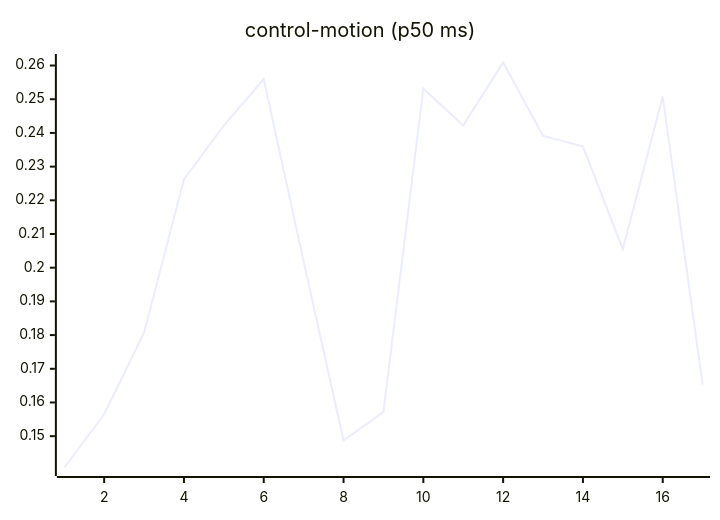
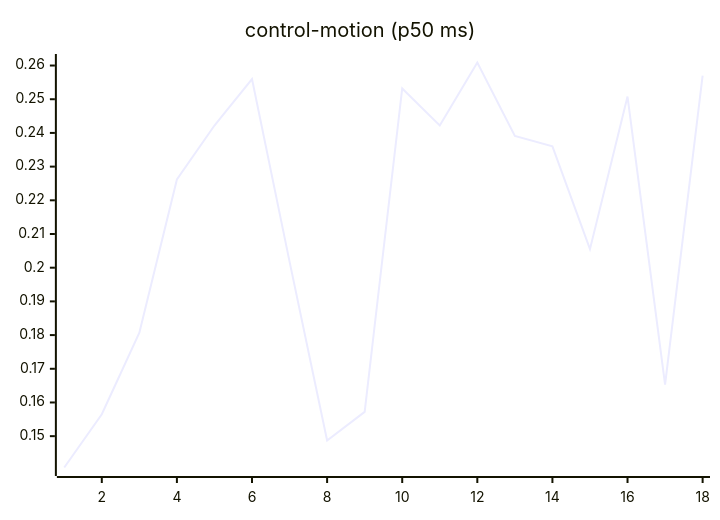
Before and after one commit to josha/Facet: the seventh of 27 diagrams in README.md, drawn with Mermaid. The commit also changed other lines of this file and 2 other files, not shown here.

````diff
--- a/README.md
+++ b/README.md
@@ -105,6 +105,6 @@
 ```mermaid
 xychart-beta
     title "control-motion (p50 ms)"
-    x-axis 1 --> 17
-    line [0.1407, 0.1565, 0.1807, 0.2262, 0.2422, 0.2560, 0.2018, 0.1487, 0.1572, 0.2532, 0.2422, 0.2609, 0.2391, 0.2360, 0.2055, 0.2508, 0.1653]
+    x-axis 1 --> 18
+    line [0.1407, 0.1565, 0.1807, 0.2262, 0.2422, 0.2560, 0.2018, 0.1487, 0.1572, 0.2532, 0.2422, 0.2609, 0.2391, 0.2360, 0.2055, 0.2508, 0.1653, 0.2570]
 ```
````
